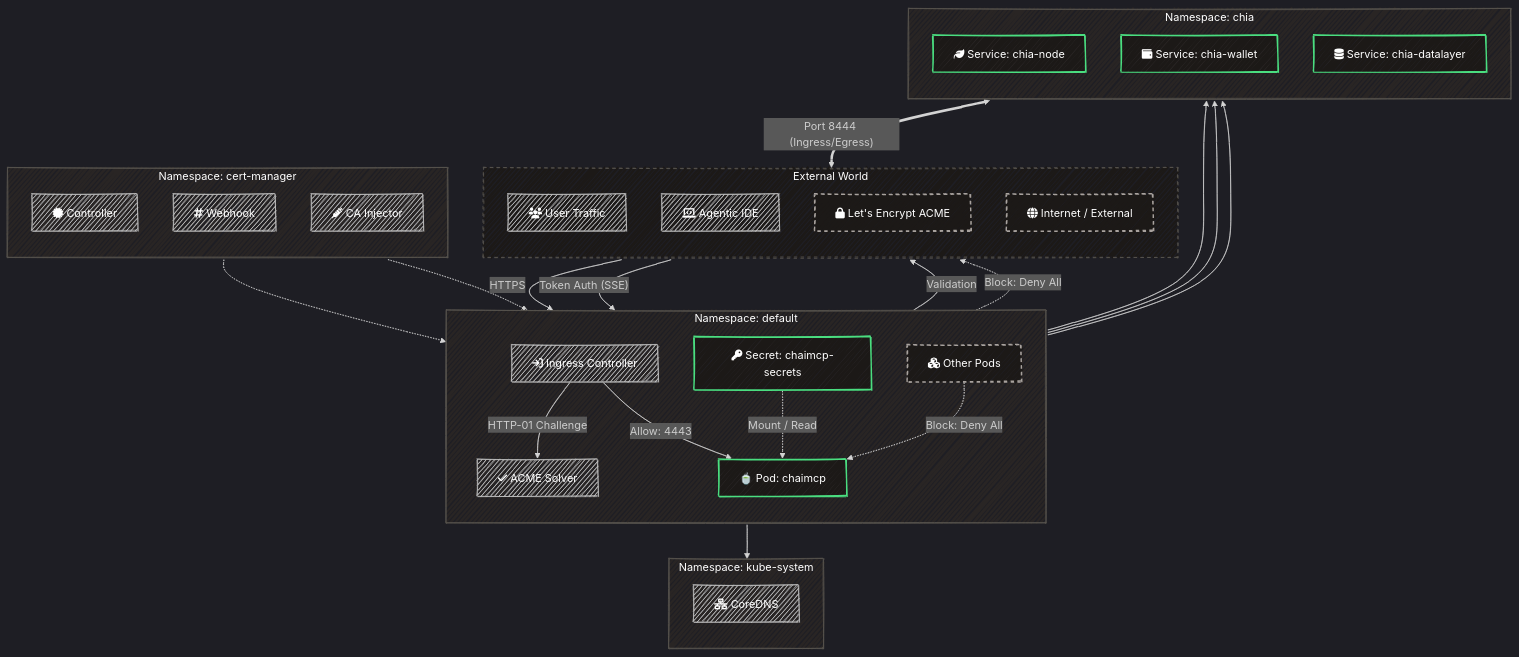
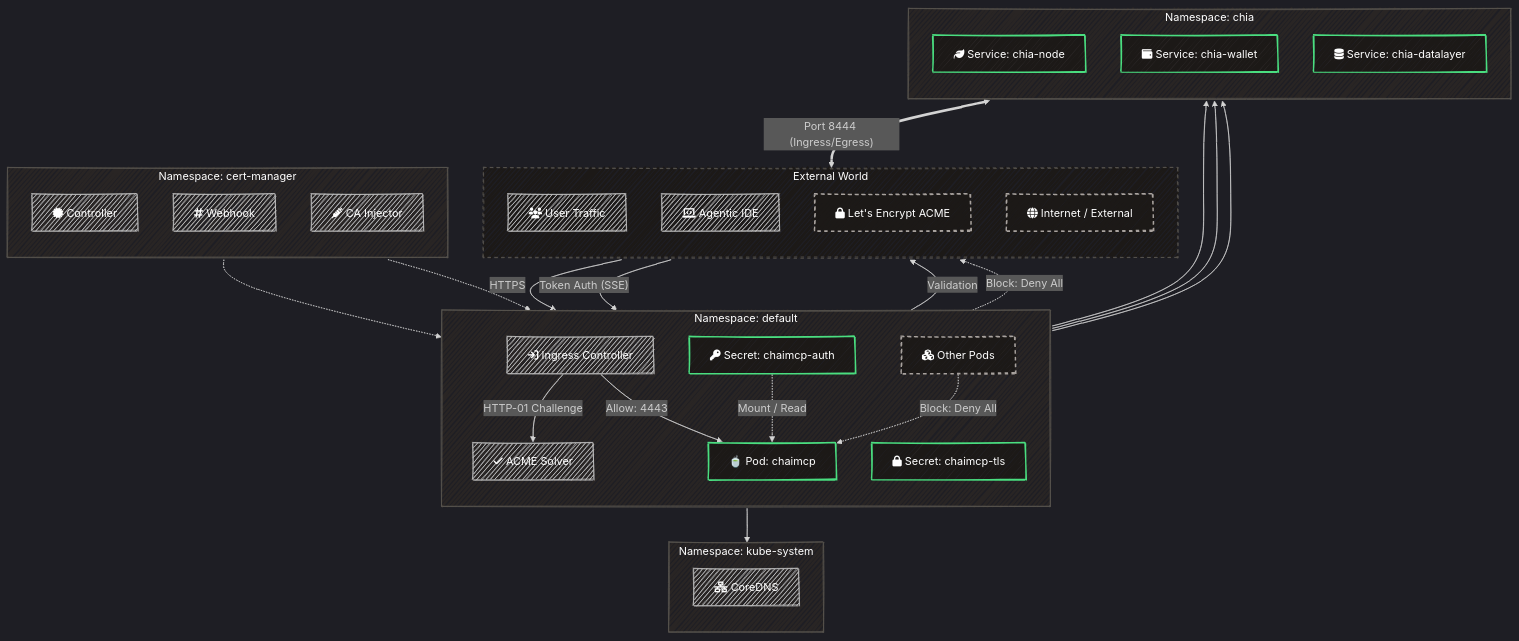
Before and after one commit to dcarrith/chaimcp: the diagram in k8s_diagram.mmd, drawn with Mermaid. The commit also changed 4344 other files, not shown here.

Commit message:
feat: Update k8s diagram and fix mobile menu styling

```diff
--- a/k8s_diagram.mmd
+++ b/k8s_diagram.mmd
@@ -1,76 +1,77 @@
 %%{init: {'theme': 'dark', 'look': 'handDrawn', 'themeVariables': { 'fontSize': '16px', 'fontFamily': 'IBM Plex Sans' }}}%%
 flowchart TB
 classDef box fill:#292524,stroke:#57534e,stroke-width:2px,color:#fff
 classDef node fill:#1C1917,stroke:#FBBF24,stroke-width:2px,color:#fff
 classDef pod fill:#1C1917,stroke:#4ADE80,stroke-width:2px,color:#fff
 classDef ext fill:#1C1917,stroke:#a8a29e,stroke-width:2px,stroke-dasharray: 5 5,color:#fff
 
 subgraph ExternalWorld ["External World"]
 direction TB
 style ExternalWorld fill:#1c1917,stroke:#57534e,color:#fff,stroke-dasharray: 5 5
 UserTraffic["<i class='fa fa-users'></i> User Traffic"]:::node
 AgenticIDE["<i class='fa fa-laptop-code'></i> Agentic IDE"]:::node
 LetsEncrypt["<i class='fa fa-lock'></i> Let's Encrypt ACME"]:::ext
 Internet["<i class='fa fa-globe'></i> Internet / External"]:::ext
 end
 
 subgraph ClusterCertManager ["Namespace: cert-manager"]
 direction TB
 style ClusterCertManager fill:#292524,stroke:#57534e,color:#fff
 CertController["<i class='fa fa-certificate'></i> Controller"]:::node
 CertWebhook["<i class='fa fa-hashtag'></i> Webhook"]:::node
 CertInjector["<i class='fa fa-syringe'></i> CA Injector"]:::node
 end
 
 subgraph ClusterDefault ["Namespace: default"]
 direction TB
 style ClusterDefault fill:#292524,stroke:#57534e,color:#fff
 Ingress["<i class='fa fa-arrow-right-to-bracket'></i> Ingress Controller"]:::node
 ACMESolver["<i class='fa fa-check'></i> ACME Solver"]:::node
-Secrets["<i class='fa fa-key'></i> Secret: chaimcp-secrets"]:::pod
+Secrets["<i class='fa fa-key'></i> Secret: chaimcp-auth"]:::pod
+TlsSecret["<i class='fa fa-lock'></i> Secret: chaimcp-tls"]:::pod
 PodChai["🍵 Pod: chaimcp"]:::pod
 OtherPods["<i class='fa fa-cubes'></i> Other Pods"]:::ext
 end
 
 subgraph ClusterKubeSystem ["Namespace: kube-system"]
 direction TB
 style ClusterKubeSystem fill:#292524,stroke:#57534e,color:#fff
 CoreDNS["<i class='fa fa-network-wired'></i> CoreDNS"]:::node
 end
 
 subgraph ClusterChia ["Namespace: chia"]
 direction TB
 style ClusterChia fill:#292524,stroke:#57534e,color:#fff
 SvcNode["<i class='fa fa-leaf'></i> Service: chia-node"]:::pod
 SvcWallet["<i class='fa fa-wallet'></i> Service: chia-wallet"]:::pod
 SvcData["<i class='fa fa-database'></i> Service: chia-datalayer"]:::pod
 end
 
 %% Traffic Flow
 UserTraffic -- "HTTPS" --> Ingress
 AgenticIDE -- "Token Auth (SSE)" --> Ingress
 Ingress -- "HTTP-01 Challenge" --> ACMESolver
 ACMESolver -- "Validation" --> LetsEncrypt
 
 %% Cert Manager Logic
 CertController -.-> Ingress
 CertController -.-> ACMESolver
 
 %% Ingress to App
 Ingress -- "Allow: 4443" --> PodChai
 
 %% Secrets
 Secrets -. "Mount / Read" .-> PodChai
 
 %% App Dependencies
 PodChai --> CoreDNS
 PodChai --> SvcNode
 PodChai --> SvcWallet
 PodChai --> SvcData
 
 %% Network Policies
 PodChai -. "Block: Deny All" .-> Internet
 OtherPods -. "Block: Deny All" .-> PodChai
 
 %% Chia Services Networking
 SvcNode <== "Port 8444 (Ingress/Egress)" ==> Internet
```
